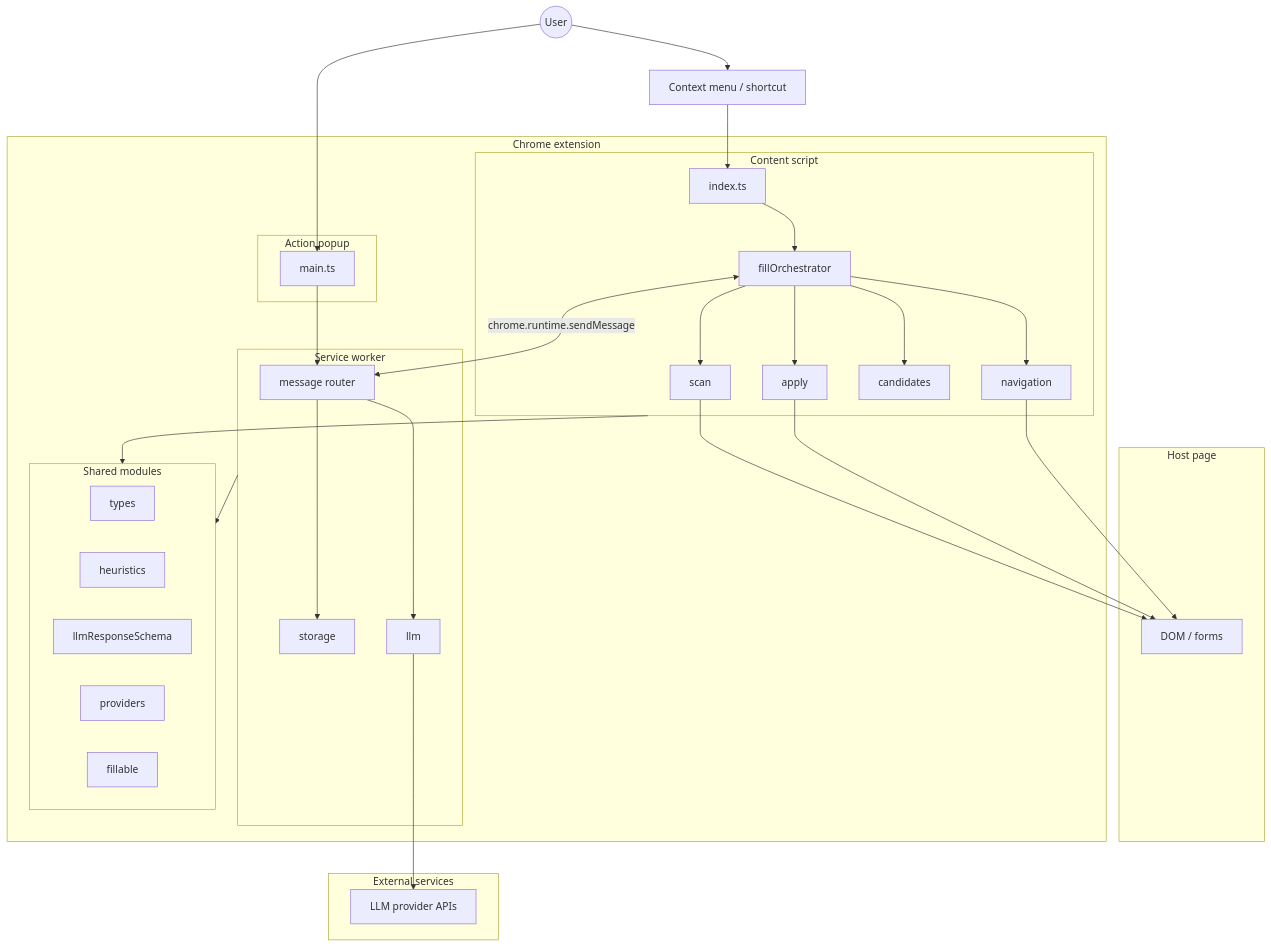
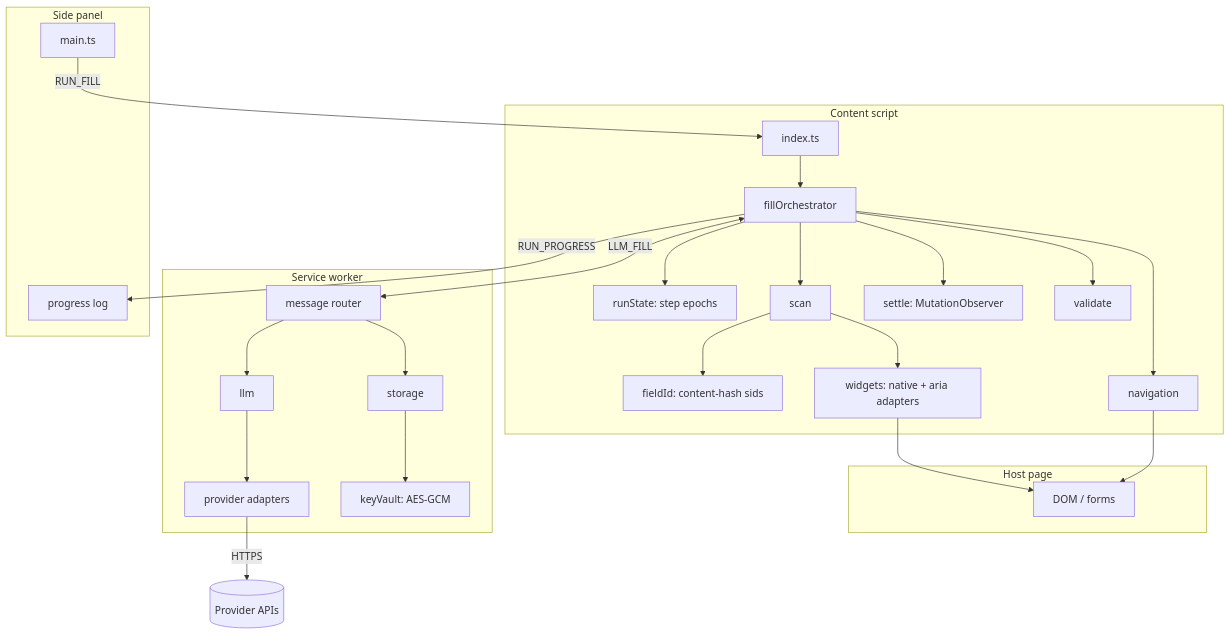
The first of 2 diagrams in README.md (nobijoy/ai-form-filler), drawn with Mermaid before and after one commit. The commit also changed other lines of this file and 43 other files, not shown here.

Commit message:
Update version to 1.1.0; enhance manifest configuration with side panel support, expanded permissions, and improved host permissions for LLM calls. Refactor background script for context menu and side panel integration, and update localization files for better user experience and clarity.

````diff
--- a/README.md
+++ b/README.md
@@ -46,58 +51,50 @@
 ```mermaid
 flowchart TB
   subgraph Page["Host page"]
     DOM[DOM / forms]
   end
 
-  subgraph Extension["Chrome extension"]
   subgraph CS["Content script"]
     Entry[index.ts]
     Orch[fillOrchestrator]
+    RunState["runState: step epochs"]
+    FieldId["fieldId: content-hash sids"]
     Scan[scan]
-    Apply[apply]
+    Widgets["widgets: native + aria adapters"]
+    Settle["settle: MutationObserver"]
+    Validate[validate]
     Nav[navigation]
-    Cand[candidates]
   end
 
   subgraph BG["Service worker"]
-    Msg[message router]
+    Router[message router]
+    LLM[llm]
+    Adapters["provider adapters"]
+    Vault["keyVault: AES-GCM"]
     Store[storage]
-    LLM[llm]
   end
 
-  subgraph UI["Action popup"]
-    Popup[main.ts]
+  subgraph SP["Side panel"]
+    Panel[main.ts]
+    Log[progress log]
   end
 
-  subgraph Shared["Shared modules"]
-    Types[types]
-    Heur[heuristics]
-    Schema[llmResponseSchema]
-    Prov[providers]
-    Fillable[fillable]
-  end
-  end
-
-  subgraph External["External services"]
-    API[LLM provider APIs]
-  end
-
-  User((User)) --> Popup
-  User --> Menu[Context menu / shortcut]
-  Menu --> Entry
-  Popup --> Msg
+  Panel -->|RUN_FILL| Entry
   Entry --> Orch
+  Orch --> RunState
   Orch --> Scan
-  Orch --> Apply
+  Scan --> FieldId
+  Scan --> Widgets
+  Widgets --> DOM
+  Orch --> Settle
+  Orch --> Validate
   Orch --> Nav
-  Orch --> Cand
-  Orch <-->|chrome.runtime.sendMessage| Msg
-  Msg --> Store
-  Msg --> LLM
-  LLM --> API
-  Scan --> DOM
-  Apply --> DOM
   Nav --> DOM
-  CS --> Shared
-  BG --> Shared
+  Orch -->|RUN_PROGRESS| Log
+  Orch <-->|LLM_FILL| Router
+  Router --> LLM
+  LLM --> Adapters
+  Router --> Store
+  Store --> Vault
+  Adapters -->|HTTPS| Cloud[(Provider APIs)]
 ```
````
